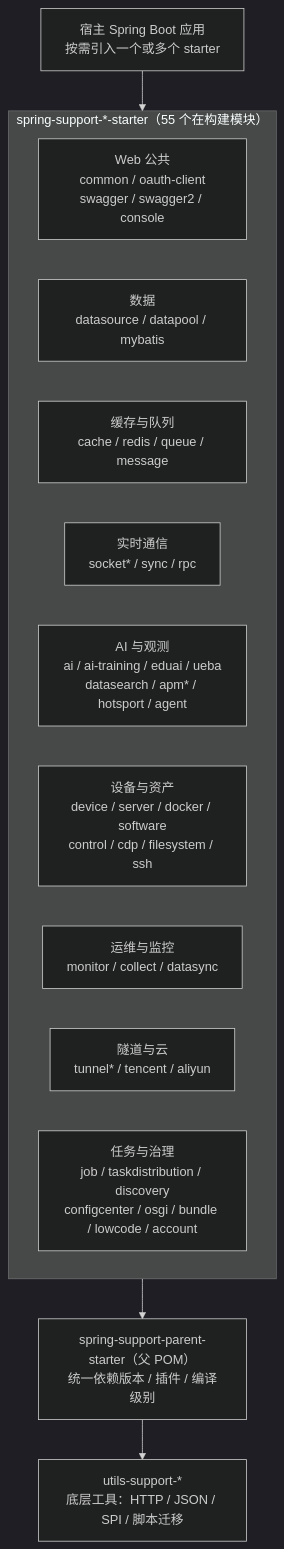
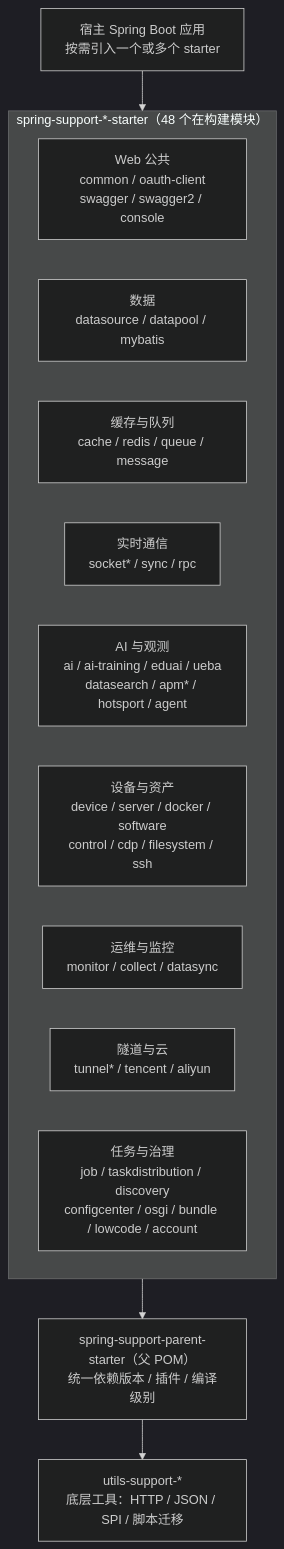
The first of 2 diagrams in README.md (CHTK001/spring-support-parent-starter), drawn with Mermaid (dark theme) before and after one commit. The commit also changed other lines of this file and 1151 other files, not shown here.

````diff
--- a/README.md
+++ b/README.md
@@ -39,21 +39,21 @@
 ```mermaid
 flowchart TB
     HOST["宿主 Spring Boot 应用<br/>按需引入一个或多个 starter"]
-    subgraph STARTERS["spring-support-*-starter（55 个在构建模块）"]
+    subgraph STARTERS["spring-support-*-starter（48 个在构建模块）"]
         direction LR
         WEB["Web 公共<br/>common / oauth-client<br/>swagger / swagger2 / console"]
         DATA["数据<br/>datasource / datapool / mybatis"]
         CACHE["缓存与队列<br/>cache / redis / queue / message"]
         RT["实时通信<br/>socket* / sync / rpc"]
         AI["AI 与观测<br/>ai / ai-training / eduai / ueba<br/>datasearch / apm* / hotsport / agent"]
         DEV["设备与资产<br/>device / server / docker / software<br/>control / cdp / filesystem / ssh"]
         OPS["运维与监控<br/>monitor / collect / datasync"]
         TUN["隧道与云<br/>tunnel* / tencent / aliyun"]
         GOV["任务与治理<br/>job / taskdistribution / discovery<br/>configcenter / osgi / bundle / lowcode / account"]
     end
     PARENT["spring-support-parent-starter（父 POM）<br/>统一依赖版本 / 插件 / 编译级别"]
     UTILS["utils-support-*<br/>底层工具：HTTP / JSON / SPI / 脚本迁移"]
     HOST --> STARTERS
     STARTERS --> PARENT
     PARENT --> UTILS
 ```
````
